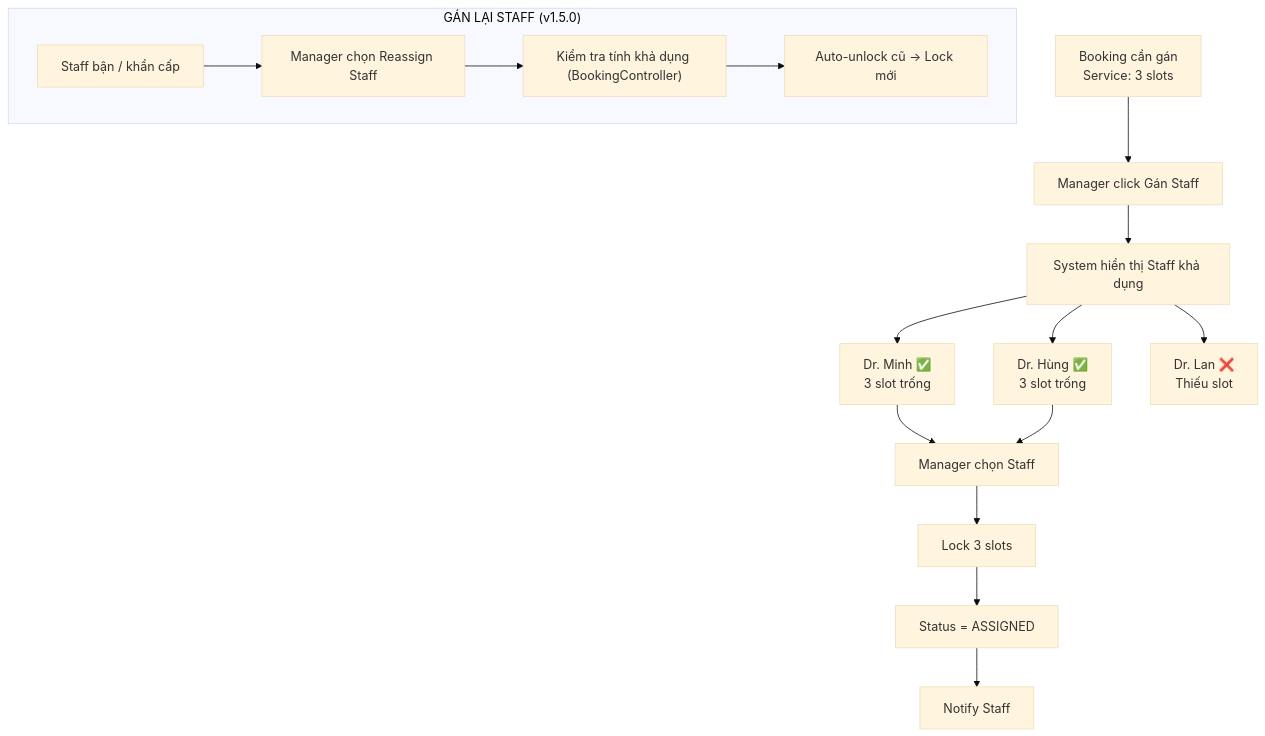
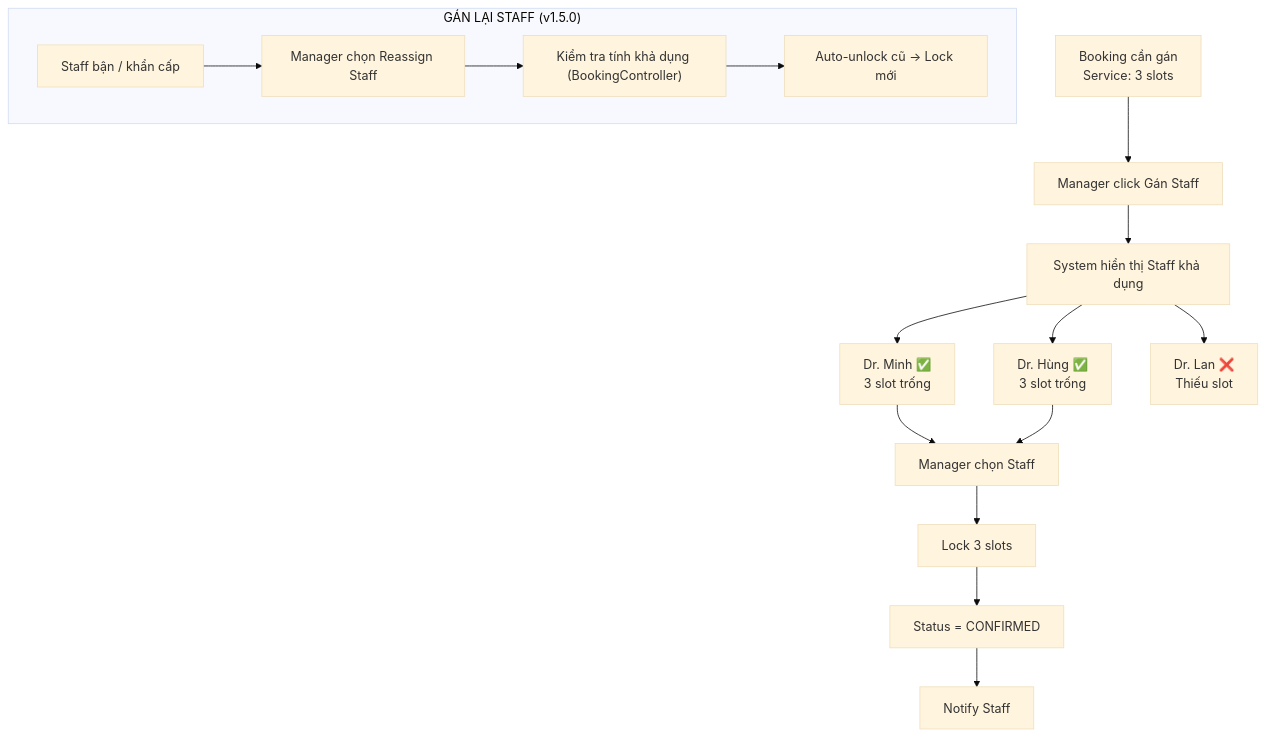
One commit to espresso23/Petties-Veterinary-Appointment-Booking-Platform changed the third of 5 diagrams in docs-references/documentation/VET_SCHEDULING_STRATEGY.md. Above: the diagram before and after it, drawn with Mermaid (base theme). The commit also changed other lines of this file and 21 other files, not shown here.

````diff
--- a/docs-references/documentation/VET_SCHEDULING_STRATEGY.md
+++ b/docs-references/documentation/VET_SCHEDULING_STRATEGY.md
@@ -216,22 +216,22 @@
 ```mermaid
 flowchart TB
     A["Booking cần gán<br/>Service: 3 slots"] --> B["Manager click Gán Staff"]
     B --> C["System hiển thị Staff khả dụng"]
     
     C --> D["Dr. Minh ✅<br/>3 slot trống"]
     C --> E["Dr. Hùng ✅<br/>3 slot trống"]
     C --> F["Dr. Lan ❌<br/>Thiếu slot"]
     
     D --> G["Manager chọn Staff"]
     E --> G
     
     G --> H["Lock 3 slots"]
-    H --> I["Status = ASSIGNED"]
+   H --> I["Status = CONFIRMED"]
     I --> J["Notify Staff"]
 
     subgraph REASSIGN["GÁN LẠI STAFF (v1.5.0)"]
         K["Staff bận / khẩn cấp"] --> L["Manager chọn Reassign Staff"]
         L --> M["Kiểm tra tính khả dụng (BookingController)"]
         M --> N["Auto-unlock cũ → Lock mới"]
     end
 ```
````
